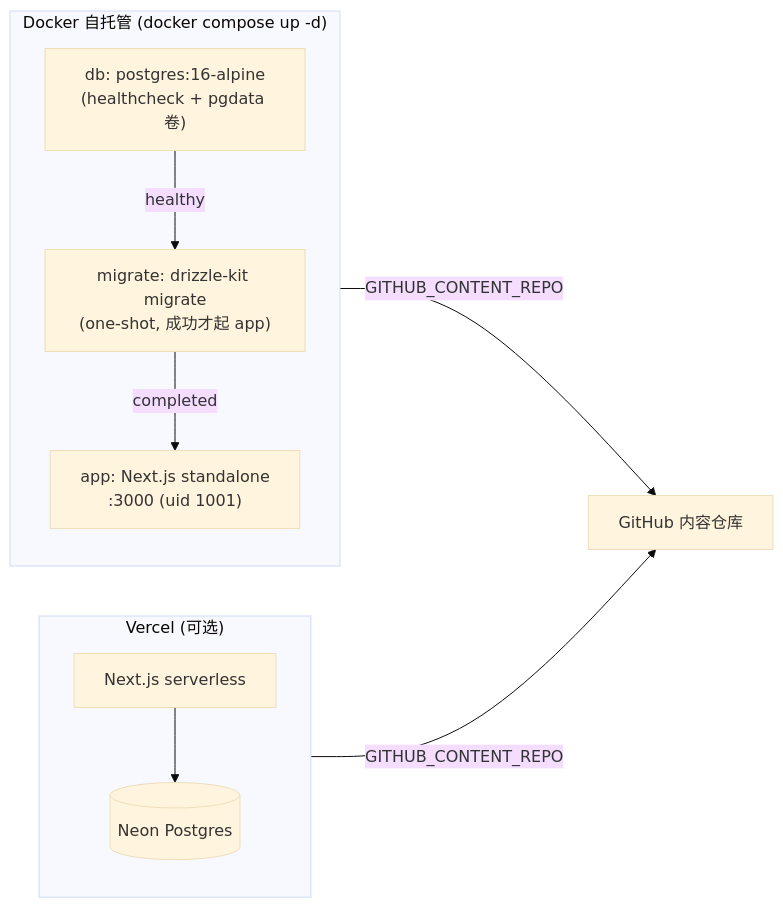
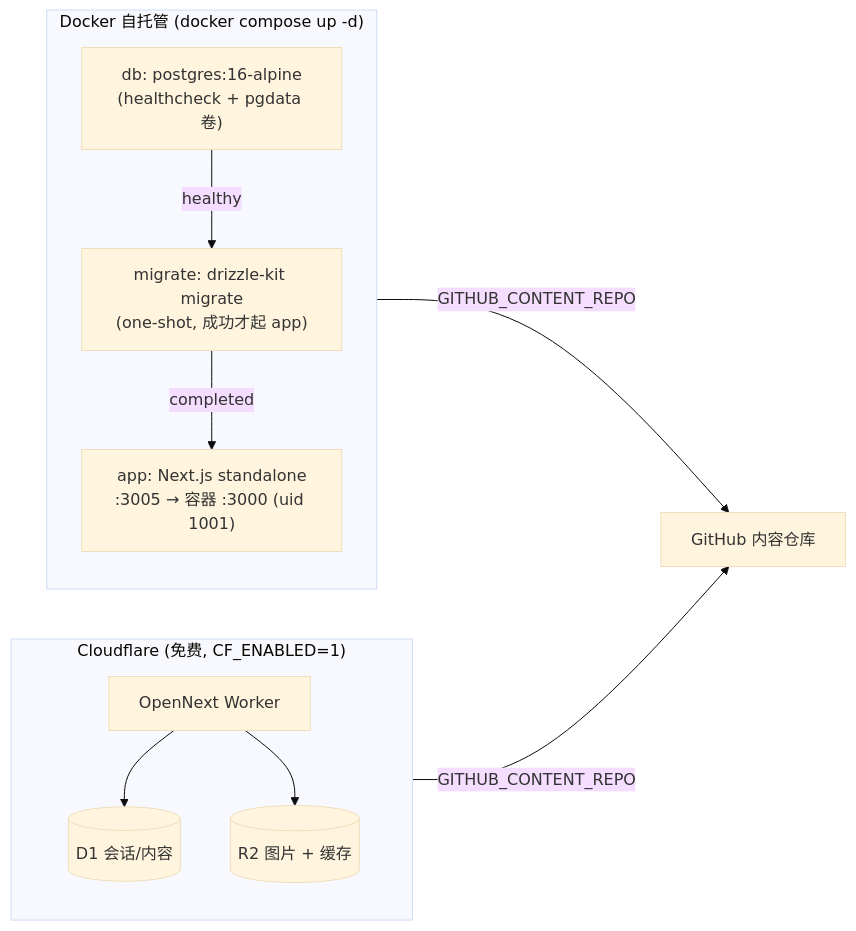
The tenth of 10 diagrams in docs/ARCHITECTURE.md (fuyucn/sumi), drawn with Mermaid (base theme) before and after one commit. The commit also changed other lines of this file and 1 other file, not shown here.

Commit message:
docs: refresh ARCHITECTURE + PRD for portal direction, Cloudflare/Docker/VPS deploy, UI tokens

````diff
--- a/docs/ARCHITECTURE.md
+++ b/docs/ARCHITECTURE.md
@@ -310,20 +323,22 @@
 ```mermaid
 flowchart LR
     subgraph Local["Docker 自托管 (docker compose up -d)"]
         direction TB
         DB["db: postgres:16-alpine<br/>(healthcheck + pgdata 卷)"]
         MIG["migrate: drizzle-kit migrate<br/>(one-shot, 成功才起 app)"]
-        APP["app: Next.js standalone<br/>:3000 (uid 1001)"]
+        APP["app: Next.js standalone<br/>:3005 → 容器 :3000 (uid 1001)"]
         DB -->|healthy| MIG -->|completed| APP
     end
 
-    subgraph Cloud["Vercel (可选)"]
+    subgraph Cloud["Cloudflare (免费, CF_ENABLED=1)"]
         direction TB
-        VAPP["Next.js serverless"]
-        NEON[("Neon Postgres")]
-        VAPP --> NEON
+        WAPP["OpenNext Worker"]
+        D1[("D1 会话/内容")]
+        R2[("R2 图片 + 缓存")]
+        WAPP --> D1
+        WAPP --> R2
     end
 
     Local -->|GITHUB_CONTENT_REPO| GHRepo["GitHub 内容仓库"]
     Cloud -->|GITHUB_CONTENT_REPO| GHRepo
 ```
````
